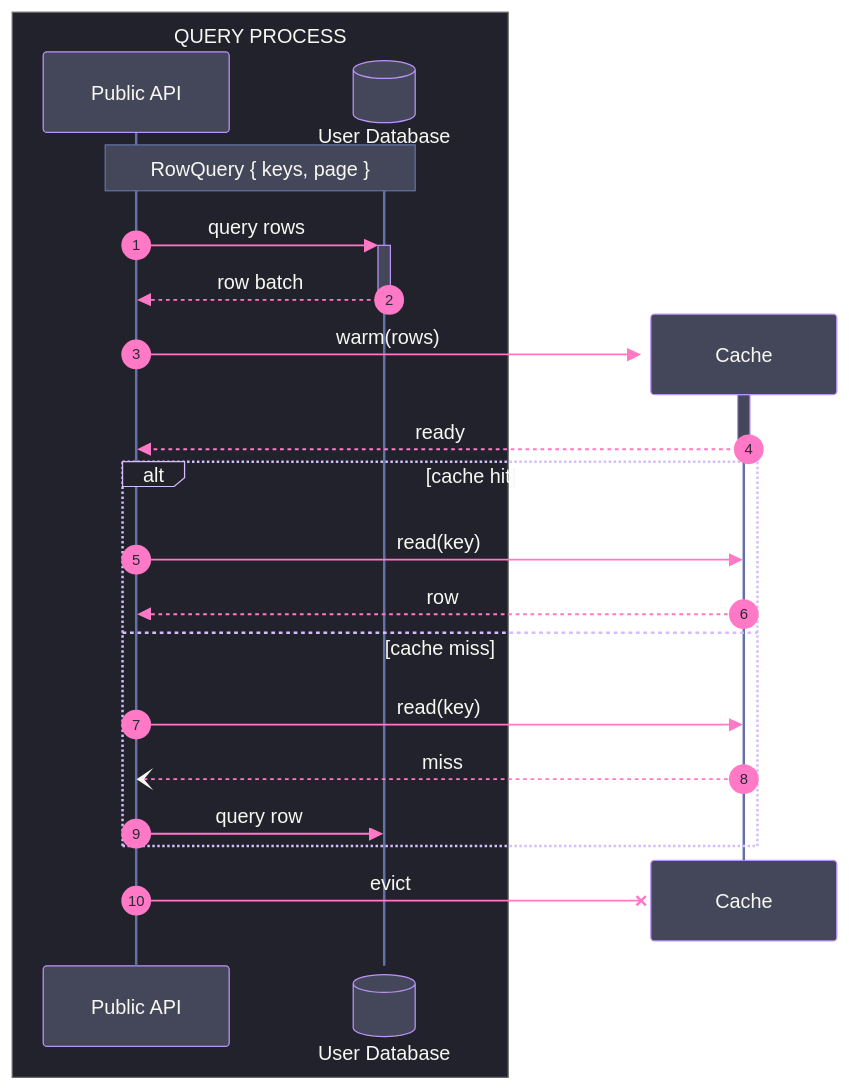
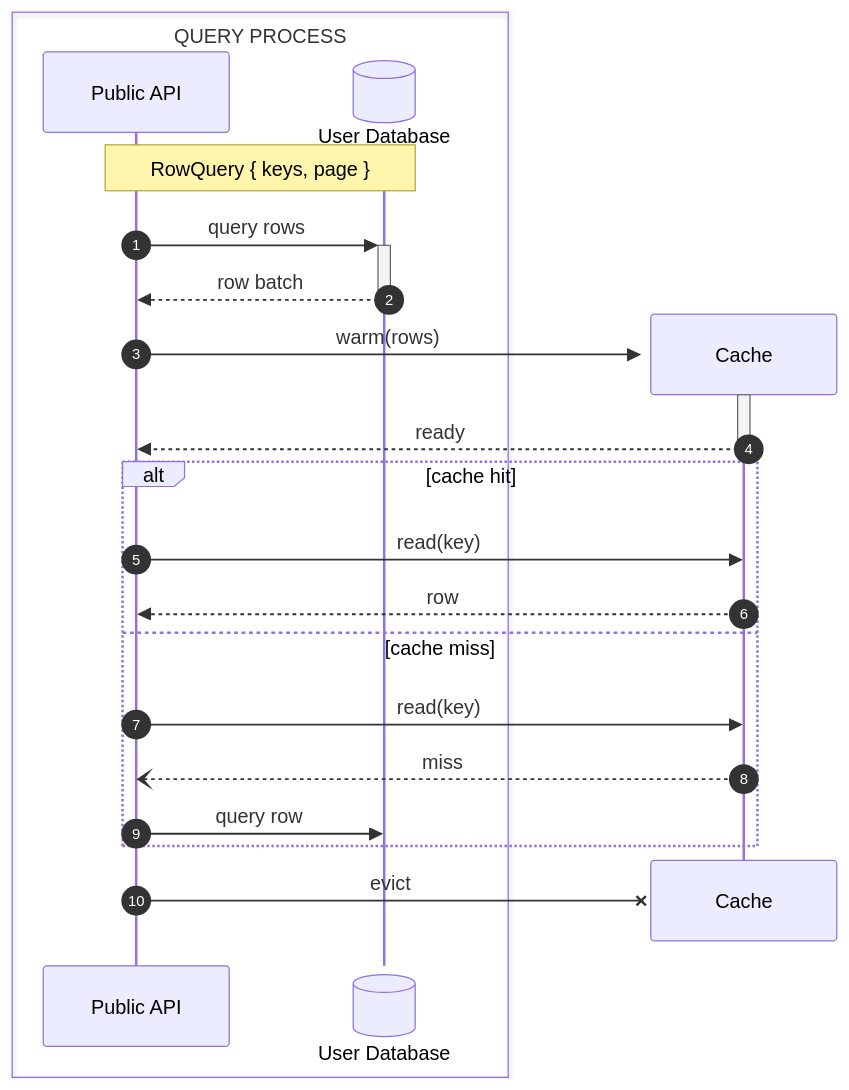
Before and after one commit to bsamiee/Rasm: the second of 5 diagrams in .claude/skills/mermaid-diagramming/references/syntax-core.md, drawn with Mermaid. The commit also changed other lines of this file and 28 other files, not shown here.

Commit message:
skills(docgen+mermaid): payload-only diagram law — docgen gate/fixer strips fence styling; mermaid bundle sheds the styling canon, theming survives as one opt-in reference

````diff
--- a/.claude/skills/mermaid-diagramming/references/syntax-core.md
+++ b/.claude/skills/mermaid-diagramming/references/syntax-core.md
@@ -90,57 +55,26 @@
 ```mermaid
----
-config:
-  theme: base
-  look: classic
-  themeVariables:
-    darkMode: true
-    fontFamily: "SF Mono, Menlo, Cascadia Mono, Segoe UI Mono, Consolas, monospace"
-    useGradient: false
-    dropShadow: "none"
-    background: "#282A36"
-    primaryColor: "#44475A"
-    primaryTextColor: "#F8F8F2"
-    actorBkg: "#44475A"
-    actorBorder: "#BD93F9"
-    actorTextColor: "#F8F8F2"
-    actorLineColor: "#6272A4"
-    signalColor: "#FF79C6"
-    signalTextColor: "#F8F8F2"
-    messageTextColor: "#F8F8F2"
-    sequenceNumberColor: "#282A36"
-    activationBkgColor: "#44475A"
-    activationBorderColor: "#BD93F9"
-    noteBkgColor: "#44475A"
-    noteBorderColor: "#6272A4"
-    noteTextColor: "#F8F8F2"
-    labelBoxBkgColor: "#21222C"
-    labelBoxBorderColor: "#D6BCFA"
-    labelTextColor: "#F8F8F2"
-    loopTextColor: "#F8F8F2"
-  themeCSS: "text.actor tspan{font-size:13px;font-weight:600}.messageText{font-size:12px;font-weight:500}.noteText{font-size:12px}.loopText,.labelText{font-size:12px;font-weight:500}.messageLine0{stroke-width:2px}.messageLine1{stroke-width:1.5px;stroke-dasharray:4 6}.actor{stroke-width:1.5px}rect.actor{filter:none!important}[id$='-filled-head'] path{fill:#FF79C6;stroke:#FF79C6}[id$='TopArrowHead'] path,[id$='BottomArrowHead'] path{stroke:#FF79C6}"
----
 sequenceDiagram
     accTitle: Sequence lifecycle demo
     accDescr: An API querying a user database inside one process while warming a created cache participant that answers, misses once, and is destroyed on eviction.
     autonumber
-    box rgb(33, 34, 44) QUERY PROCESS
+    box transparent QUERY PROCESS
         participant API as Public API
         participant DB@{ type: database, alias: "User Database" }
     end
     Note over API,DB: RowQuery { keys, page }
     API->>+DB: query rows
     DB-->>-API: row batch
     create participant Cache
     API->>+Cache: warm(rows)
     Cache-->>-API: ready
     alt cache hit
         API->>Cache: read(key)
         Cache-->>API: row
     else cache miss
         API->>Cache: read(key)
         Cache--)API: miss
         API->>DB: query row
     end
     destroy Cache
     API-xCache: evict
 ```
````
